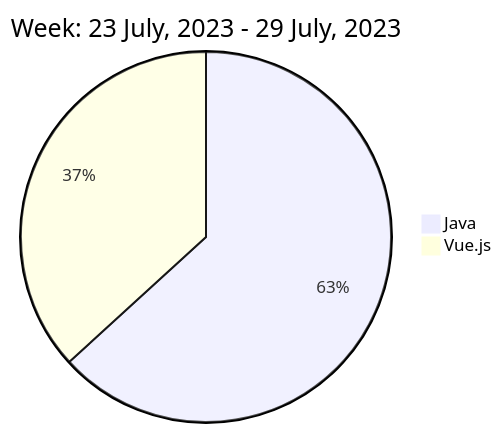
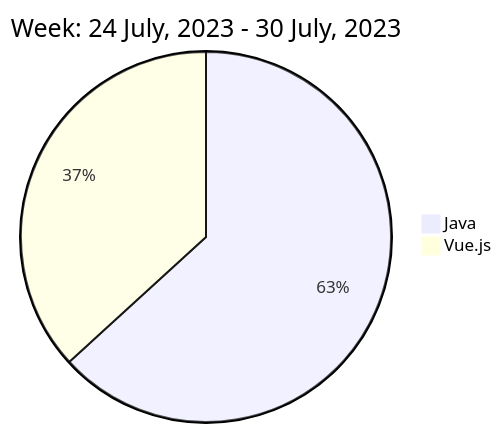
One commit to liubin95/liubin95 changed the diagram in README.md. Above: the diagram before and after it, drawn with Mermaid.

Commit message:
Updated the Graph with new Metrics

````diff
--- a/README.md
+++ b/README.md
@@ -40,6 +40,6 @@
 ```mermaid
  pie
-title Week: 23 July, 2023 - 29 July, 2023
+title Week: 24 July, 2023 - 30 July, 2023
  "Java" : 2.2
  "Vue.js" : 1.28
 ```
````
